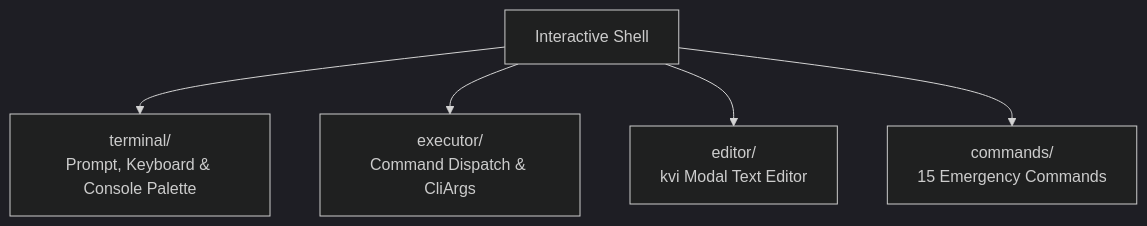
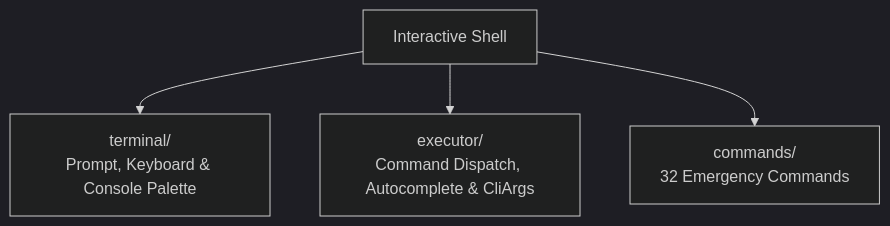
Before and after one commit to mrvlous/keira: the diagram in docs/shell/README.md, drawn with Mermaid (dark theme). The commit also changed other lines of this file and 6 other files, not shown here.

Commit message:
docs(shell): purge obsolete kvi editor manual and synchronize 32 supervisor commands

````diff
--- a/docs/shell/README.md
+++ b/docs/shell/README.md
@@ -11,7 +11,6 @@
 ```mermaid
 graph TD
     Shell["Interactive Shell"] --> Terminal["terminal/<br/>Prompt, Keyboard & Console Palette"]
-    Shell --> Executor["executor/<br/>Command Dispatch & CliArgs"]
-    Shell --> Editor["editor/<br/>kvi Modal Text Editor"]
-    Shell --> Cmds["commands/<br/>15 Emergency Commands"]
+    Shell --> Executor["executor/<br/>Command Dispatch, Autocomplete & CliArgs"]
+    Shell --> Cmds["commands/<br/>32 Emergency Commands"]
 ```
````
